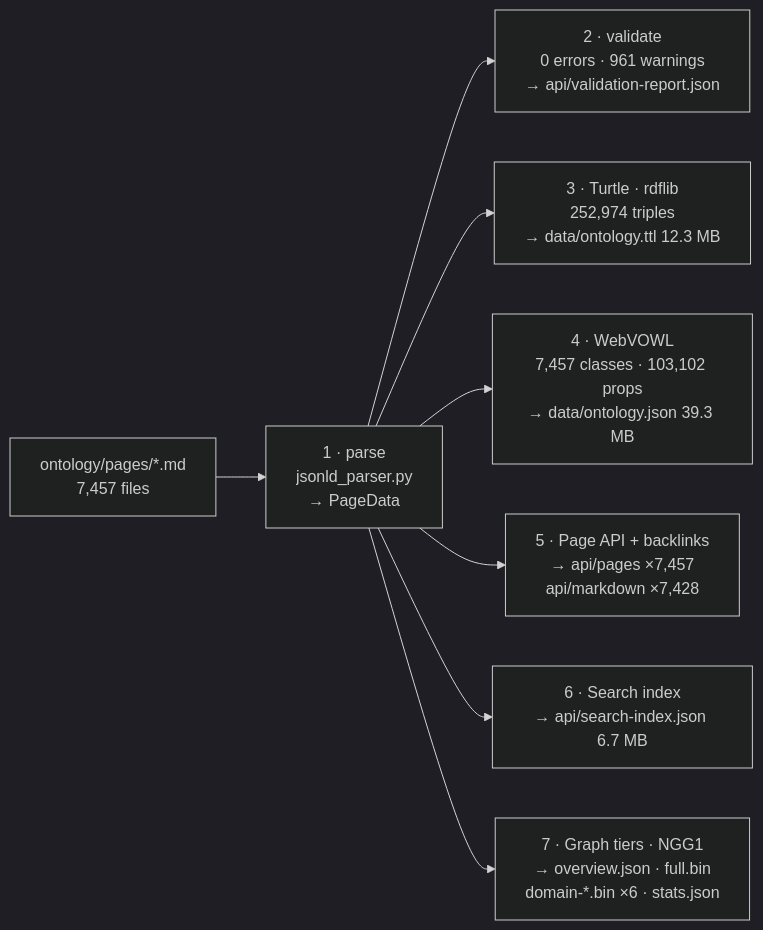
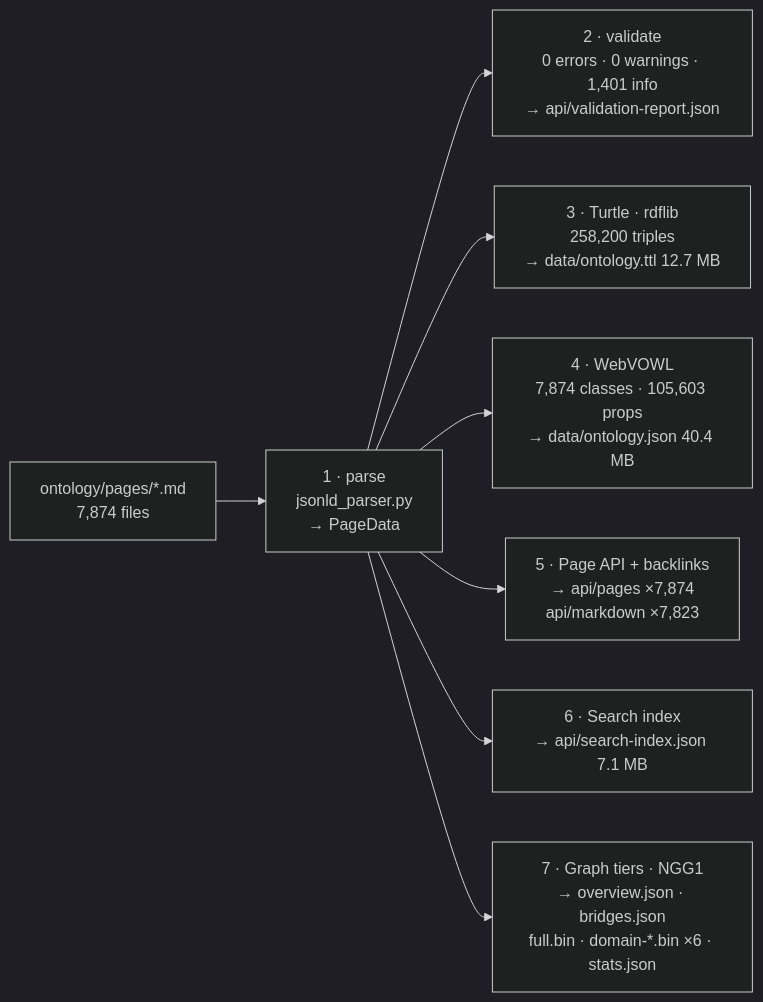
Before and after one commit to DreamLab-AI/knowledgeGraph: the diagram in docs/architecture/pipeline.md, drawn with Mermaid (dark theme). The commit also changed other lines of this file and 1033 other files, not shown here.

````diff
--- a/docs/architecture/pipeline.md
+++ b/docs/architecture/pipeline.md
@@ -23,10 +25,10 @@
 ```mermaid
 flowchart LR
-    MD["ontology/pages/*.md<br/>7,457 files"] --> P["1 · parse<br/>jsonld_parser.py<br/>→ PageData"]
-    P --> V["2 · validate<br/>0 errors · 961 warnings<br/>→ api/validation-report.json"]
-    P --> T["3 · Turtle · rdflib<br/>252,974 triples<br/>→ data/ontology.ttl 12.3 MB"]
-    P --> W["4 · WebVOWL<br/>7,457 classes · 103,102 props<br/>→ data/ontology.json 39.3 MB"]
-    P --> A["5 · Page API + backlinks<br/>→ api/pages ×7,457<br/>api/markdown ×7,428"]
-    P --> X["6 · Search index<br/>→ api/search-index.json 6.7 MB"]
-    P --> G["7 · Graph tiers · NGG1<br/>→ overview.json · full.bin<br/>domain-*.bin ×6 · stats.json"]
+    MD["ontology/pages/*.md<br/>7,874 files"] --> P["1 · parse<br/>jsonld_parser.py<br/>→ PageData"]
+    P --> V["2 · validate<br/>0 errors · 0 warnings · 1,401 info<br/>→ api/validation-report.json"]
+    P --> T["3 · Turtle · rdflib<br/>258,200 triples<br/>→ data/ontology.ttl 12.7 MB"]
+    P --> W["4 · WebVOWL<br/>7,874 classes · 105,603 props<br/>→ data/ontology.json 40.4 MB"]
+    P --> A["5 · Page API + backlinks<br/>→ api/pages ×7,874<br/>api/markdown ×7,823"]
+    P --> X["6 · Search index<br/>→ api/search-index.json 7.1 MB"]
+    P --> G["7 · Graph tiers · NGG1<br/>→ overview.json · bridges.json<br/>full.bin · domain-*.bin ×6 · stats.json"]
 ```
````
